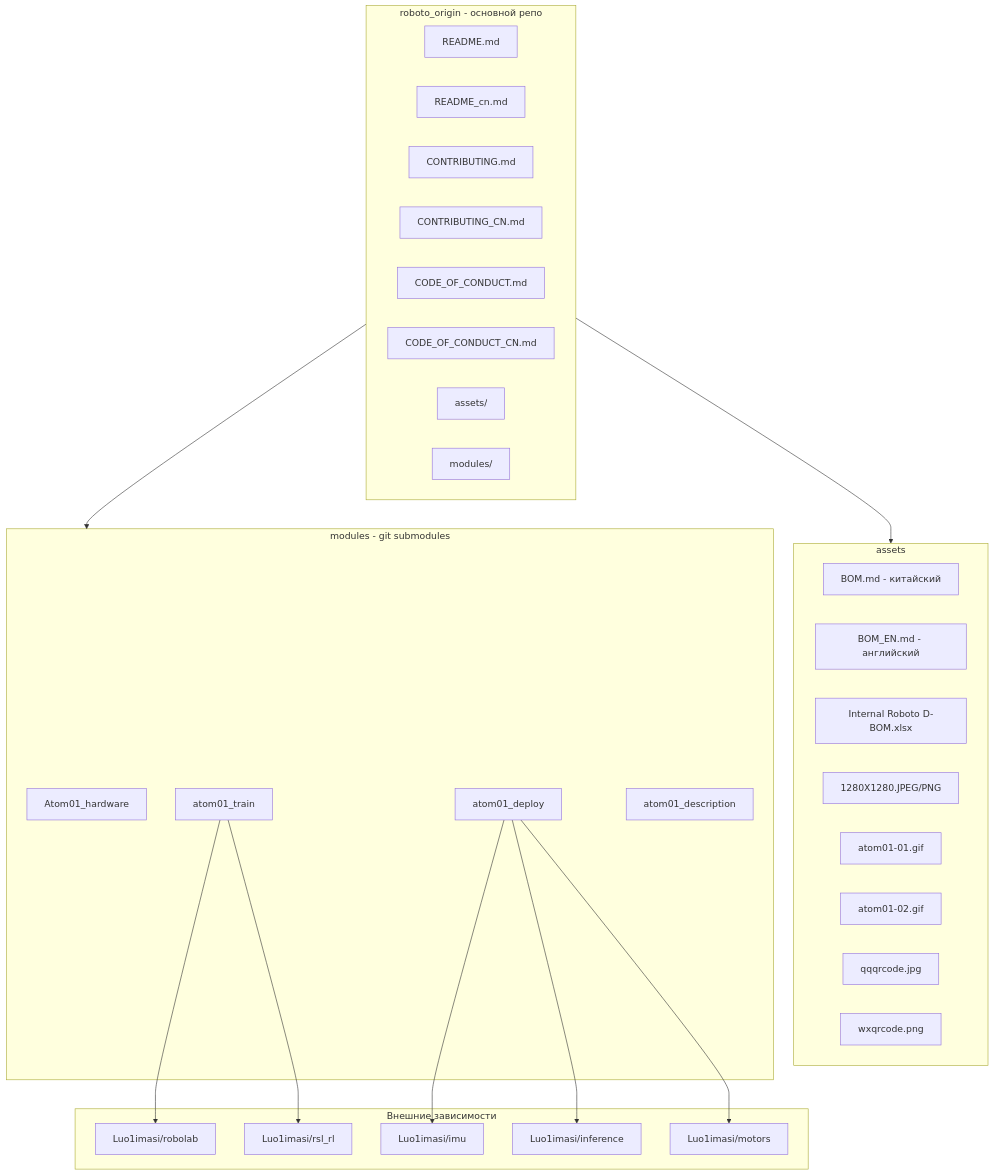
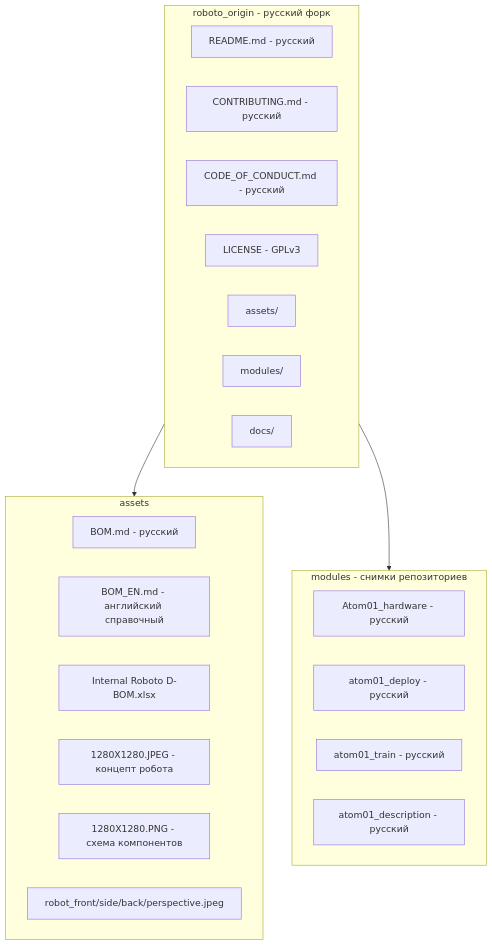
The first of 2 diagrams in docs/02_roboto_origin/АРХИТЕКТУРА_РЕПОЗИТОРИЯ_ROBOTO_ORIGIN.md (ArtemAmentes/roboto_origin), drawn with Mermaid before and after one commit. The commit also changed other lines of this file and 22 other files, not shown here.

````diff
--- a/docs/02_roboto_origin/АРХИТЕКТУРА_РЕПОЗИТОРИЯ_ROBOTO_ORIGIN.md
+++ b/docs/02_roboto_origin/АРХИТЕКТУРА_РЕПОЗИТОРИЯ_ROBOTO_ORIGIN.md
@@ -9,47 +9,31 @@
 ```mermaid
 flowchart TB
-    subgraph RobotoOrigin [roboto_origin - основной репо]
-        README[README.md]
-        READMECN[README_cn.md]
-        CONTRIB[CONTRIBUTING.md]
-        CONTRIBCN[CONTRIBUTING_CN.md]
-        COC[CODE_OF_CONDUCT.md]
-        COCCN[CODE_OF_CONDUCT_CN.md]
+    subgraph RobotoOrigin [roboto_origin - русский форк]
+        README[README.md - русский]
+        CONTRIB[CONTRIBUTING.md - русский]
+        COC[CODE_OF_CONDUCT.md - русский]
+        LICENSE[LICENSE - GPLv3]
         Assets[assets/]
         Modules[modules/]
+        Docs[docs/]
     end
 
     subgraph AssetsDetail [assets]
-        BOM[BOM.md - китайский]
-        BOMEN[BOM_EN.md - английский]
+        BOM[BOM.md - русский]
+        BOMEN[BOM_EN.md - английский справочный]
         InternalBOM[Internal Roboto D-BOM.xlsx]
-        Img1[1280X1280.JPEG/PNG]
-        Gif1[atom01-01.gif]
-        Gif2[atom01-02.gif]
-        QQ[qqqrcode.jpg]
-        WX[wxqrcode.png]
+        Robot1[1280X1280.JPEG - концепт робота]
+        Robot2[1280X1280.PNG - схема компонентов]
+        RobotViews[robot_front/side/back/perspective.jpeg]
     end
 
-    subgraph ModulesDetail [modules - git submodules]
-        HW[Atom01_hardware]
-        Deploy[atom01_deploy]
-        Train[atom01_train]
-        Desc[atom01_description]
-    end
-
-    subgraph External [Внешние зависимости]
-        Robolab[Luo1imasi/robolab]
-        RslRl[Luo1imasi/rsl_rl]
-        Imu[Luo1imasi/imu]
-        Inference[Luo1imasi/inference]
-        Motors[Luo1imasi/motors]
+    subgraph ModulesDetail [modules - снимки репозиториев]
+        HW[Atom01_hardware - русский]
+        Deploy[atom01_deploy - русский]
+        Train[atom01_train - русский]
+        Desc[atom01_description - русский]
     end
 
     RobotoOrigin --> AssetsDetail
     RobotoOrigin --> ModulesDetail
-    Deploy --> Imu
-    Deploy --> Inference
-    Deploy --> Motors
-    Train --> Robolab
-    Train --> RslRl
 ```
````
